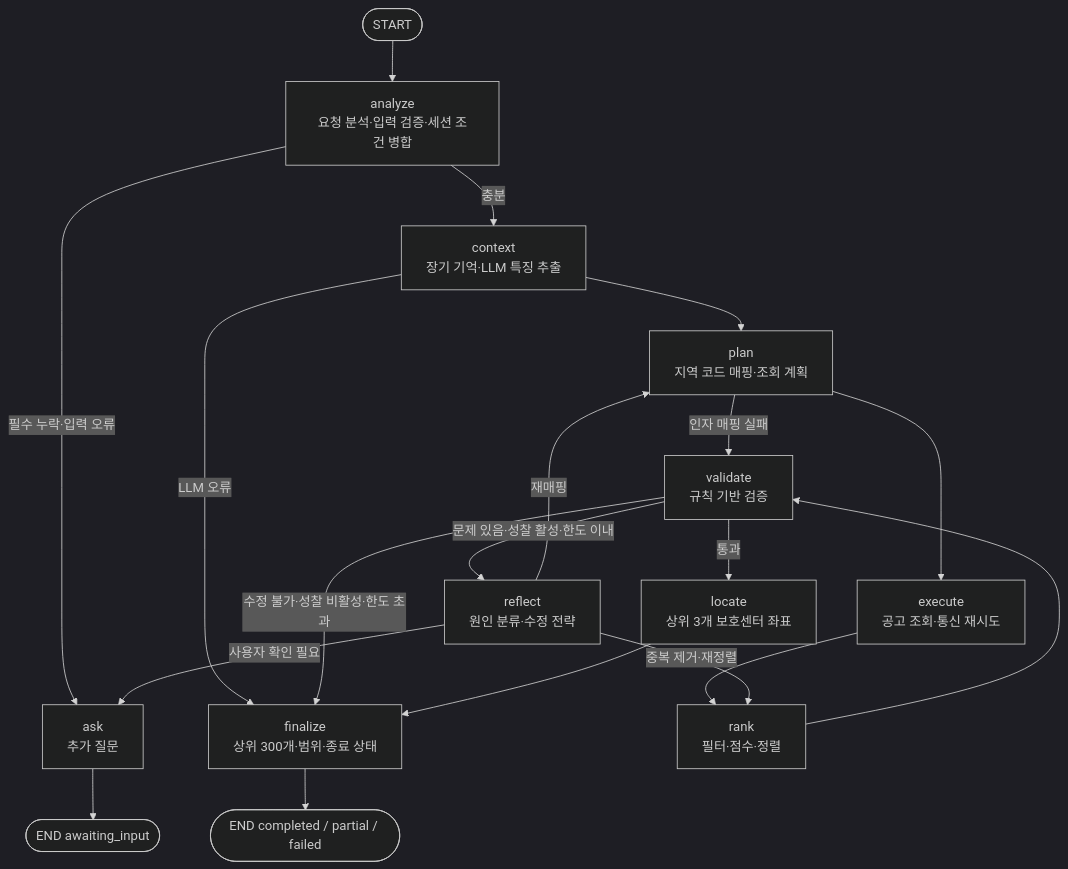
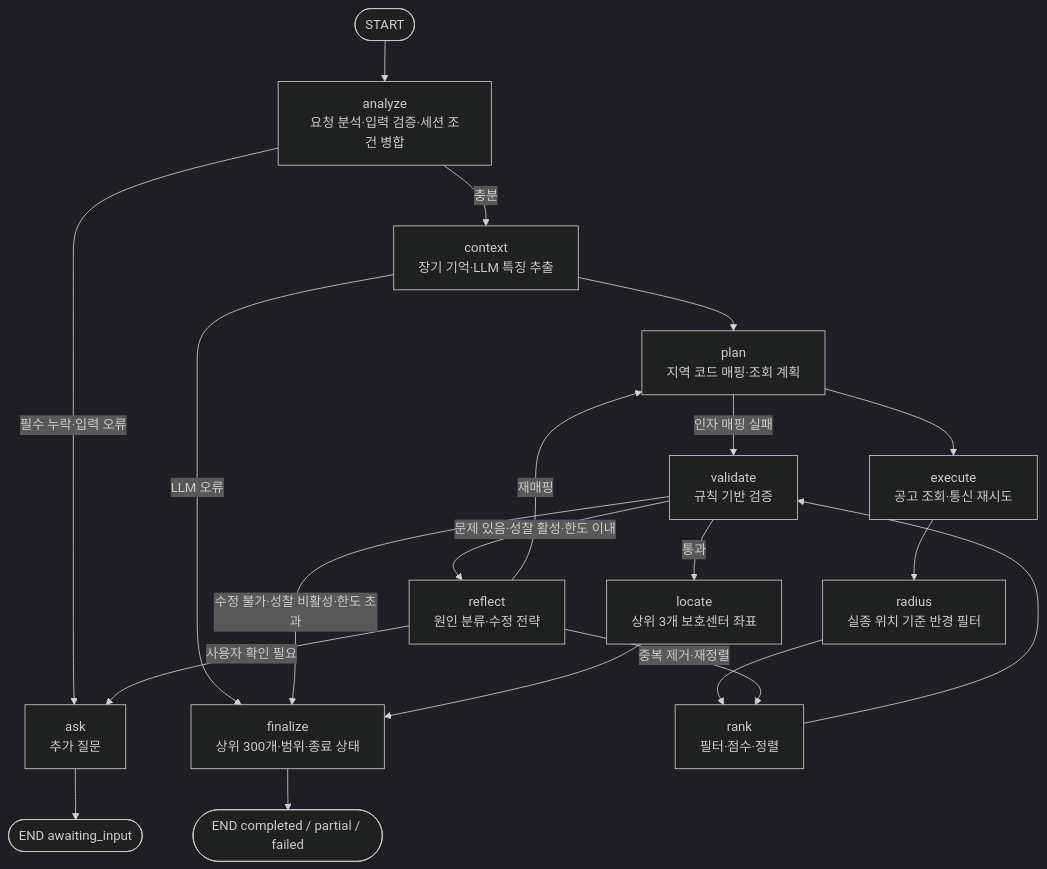
The first of 3 diagrams in docs/architecture.md (aio-03-p2-team1/aio-03-p2-team1), drawn with Mermaid (dark theme) before and after one commit. The commit also changed other lines of this file and 13 other files, not shown here.

````diff
--- a/docs/architecture.md
+++ b/docs/architecture.md
@@ -26,21 +26,22 @@
 ```mermaid
 flowchart TD
   S([START]) --> A[analyze<br/>요청 분석·입력 검증·세션 조건 병합]
   A -- 필수 누락·입력 오류 --> Q[ask<br/>추가 질문]
   A -- 충분 --> C[context<br/>장기 기억·LLM 특징 추출]
   C -- LLM 오류 --> F
   C --> P[plan<br/>지역 코드 매핑·조회 계획]
   P -- 인자 매핑 실패 --> V
   P --> E[execute<br/>공고 조회·통신 재시도]
-  E --> R[rank<br/>필터·점수·정렬]
+  E --> RD[radius<br/>실종 위치 기준 반경 필터]
+  RD --> R[rank<br/>필터·점수·정렬]
   R --> V[validate<br/>규칙 기반 검증]
   V -- 문제 있음·성찰 활성·한도 이내 --> X[reflect<br/>원인 분류·수정 전략]
   X -- 재매핑 --> P
   X -- 중복 제거·재정렬 --> R
   X -- 사용자 확인 필요 --> Q
   V -- 통과 --> L[locate<br/>상위 3개 보호센터 좌표]
   V -- 수정 불가·성찰 비활성·한도 초과 --> F
   L --> F[finalize<br/>상위 300개·범위·종료 상태]
   Q --> END1([END awaiting_input])
   F --> END2([END completed / partial / failed])
 ```
````
